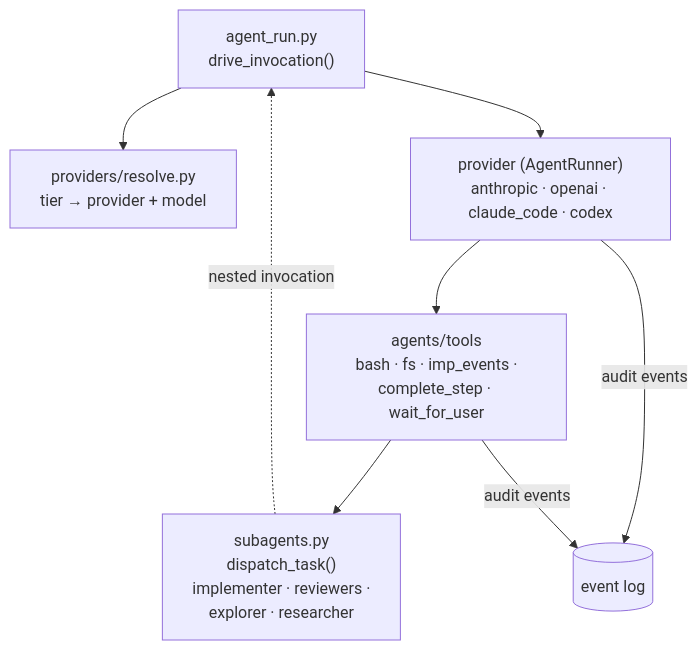
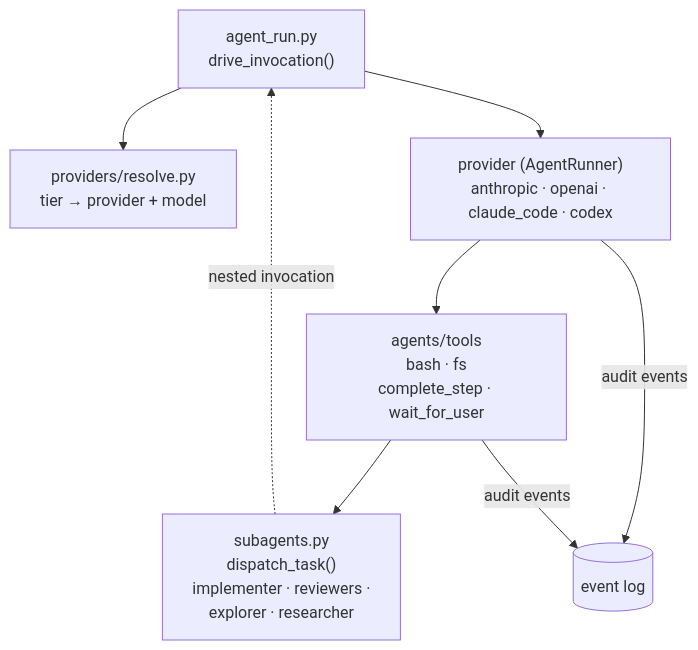
The third of 12 diagrams in docs/architecture.md (jpoimboe/imp), drawn with Mermaid before and after one commit. The commit also changed 2 other files, not shown here.

Commit message:
chore: scrub remaining removed-tool references and guard against regressions
Quest: dafu54

````diff
--- a/docs/architecture.md
+++ b/docs/architecture.md
@@ -48,10 +48,10 @@
 ```mermaid
 flowchart TB
   AR["agent_run.py<br/>drive_invocation()"] --> RES["providers/resolve.py<br/>tier → provider + model"]
   AR --> PROV["provider (AgentRunner)<br/>anthropic · openai · claude_code · codex"]
-  PROV --> TOOLS["agents/tools<br/>bash · fs · imp_events ·<br/>complete_step · wait_for_user"]
+  PROV --> TOOLS["agents/tools<br/>bash · fs<br/>complete_step · wait_for_user"]
   TOOLS --> SUB["subagents.py<br/>dispatch_task()<br/>implementer · reviewers ·<br/>explorer · researcher"]
   SUB -.->|"nested invocation"| AR
   PROV -->|"audit events"| LOG[("event log")]
   TOOLS -->|"audit events"| LOG
 ```
````
